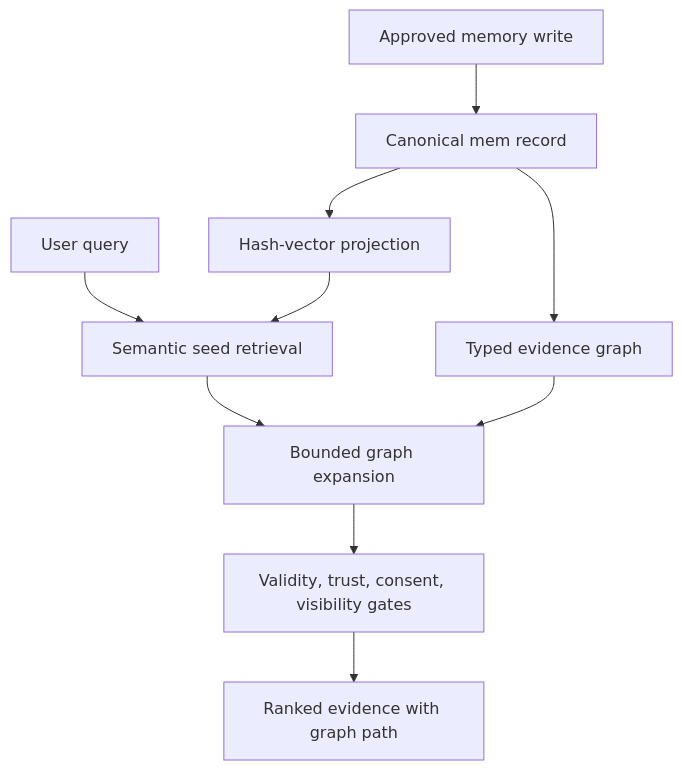
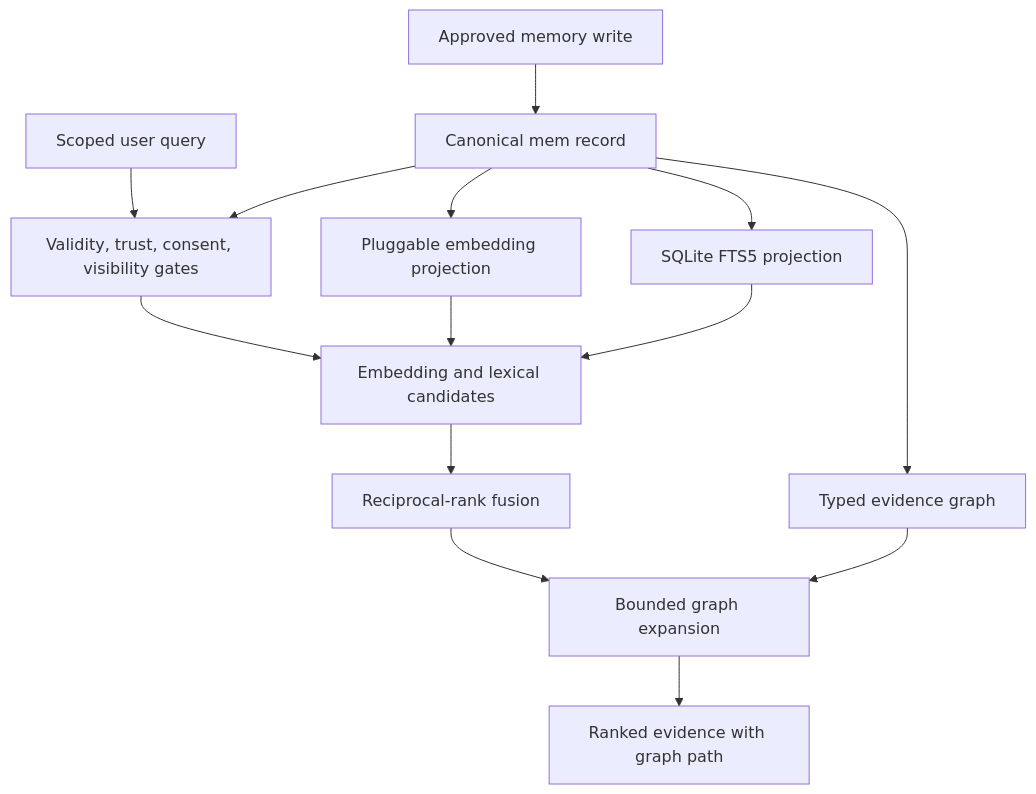
The diagram in docs/MEMORY_GRAPH.md (ahesh001/Marven), drawn with Mermaid before and after one commit. The commit also changed other lines of this file and 12 other files, not shown here.

Commit message:
feat(memory): add scoped hybrid retrieval

````diff
--- a/docs/MEMORY_GRAPH.md
+++ b/docs/MEMORY_GRAPH.md
@@ -9,12 +9,16 @@
 ```mermaid
 flowchart TD
     A["Approved memory write"] --> B["Canonical mem record"]
-    B --> C["Hash-vector projection"]
-    B --> D["Typed evidence graph"]
-    E["User query"] --> F["Semantic seed retrieval"]
-    C --> F
-    F --> G["Bounded graph expansion"]
-    D --> G
-    G --> H["Validity, trust, consent, visibility gates"]
-    H --> I["Ranked evidence with graph path"]
+    B --> C["Pluggable embedding projection"]
+    B --> D["SQLite FTS5 projection"]
+    B --> E["Typed evidence graph"]
+    F["Scoped user query"] --> G["Validity, trust, consent, visibility gates"]
+    B --> G
+    G --> H["Embedding and lexical candidates"]
+    C --> H
+    D --> H
+    H --> I["Reciprocal-rank fusion"]
+    I --> J["Bounded graph expansion"]
+    E --> J
+    J --> K["Ranked evidence with graph path"]
 ```
````
